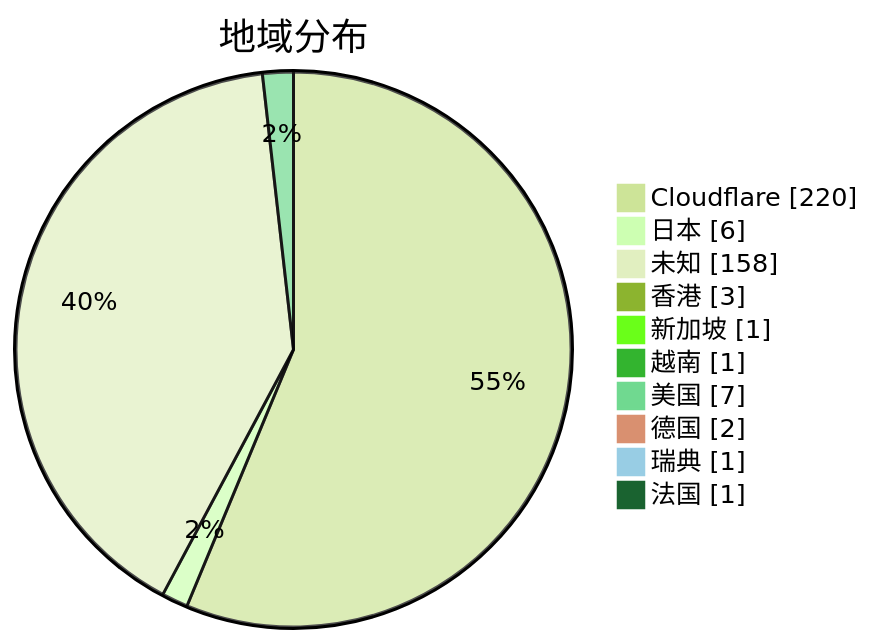
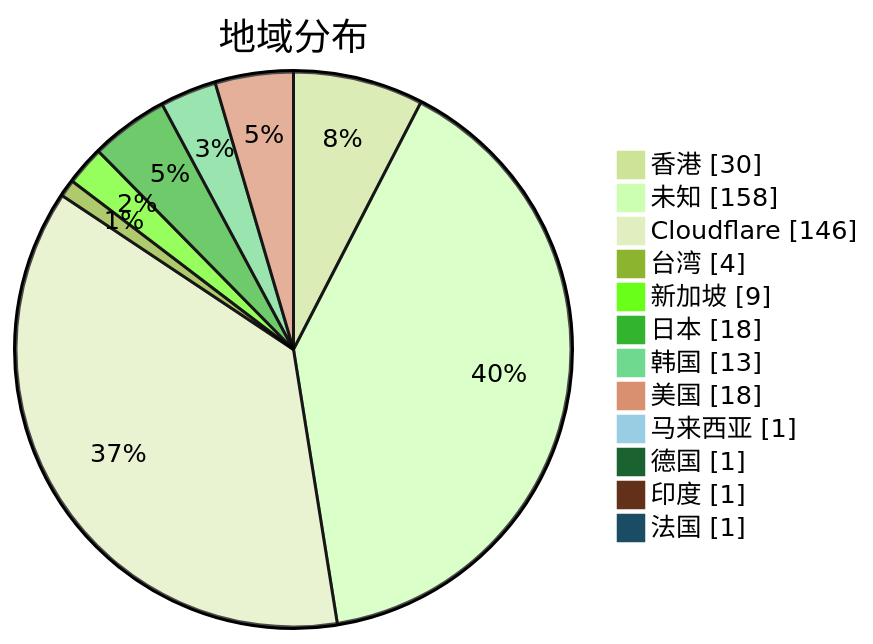
The second of 3 diagrams in subs/statistics/tested_within.md (qjlxg/airport), drawn with Mermaid (forest theme) before and after one commit. The commit also changed other lines of this file and 2 other files, not shown here.

````diff
--- a/subs/statistics/tested_within.md
+++ b/subs/statistics/tested_within.md
@@ -15,14 +13,16 @@
 ```mermaid
 pie showData
 title 地域分布
-"Cloudflare" : 220
-"日本" : 6
+"香港" : 30
 "未知" : 158
-"香港" : 3
-"新加坡" : 1
-"越南" : 1
-"美国" : 7
-"德国" : 2
-"瑞典" : 1
+"Cloudflare" : 146
+"台湾" : 4
+"新加坡" : 9
+"日本" : 18
+"韩国" : 13
+"美国" : 18
+"马来西亚" : 1
+"德国" : 1
+"印度" : 1
 "法国" : 1
 ```
````
